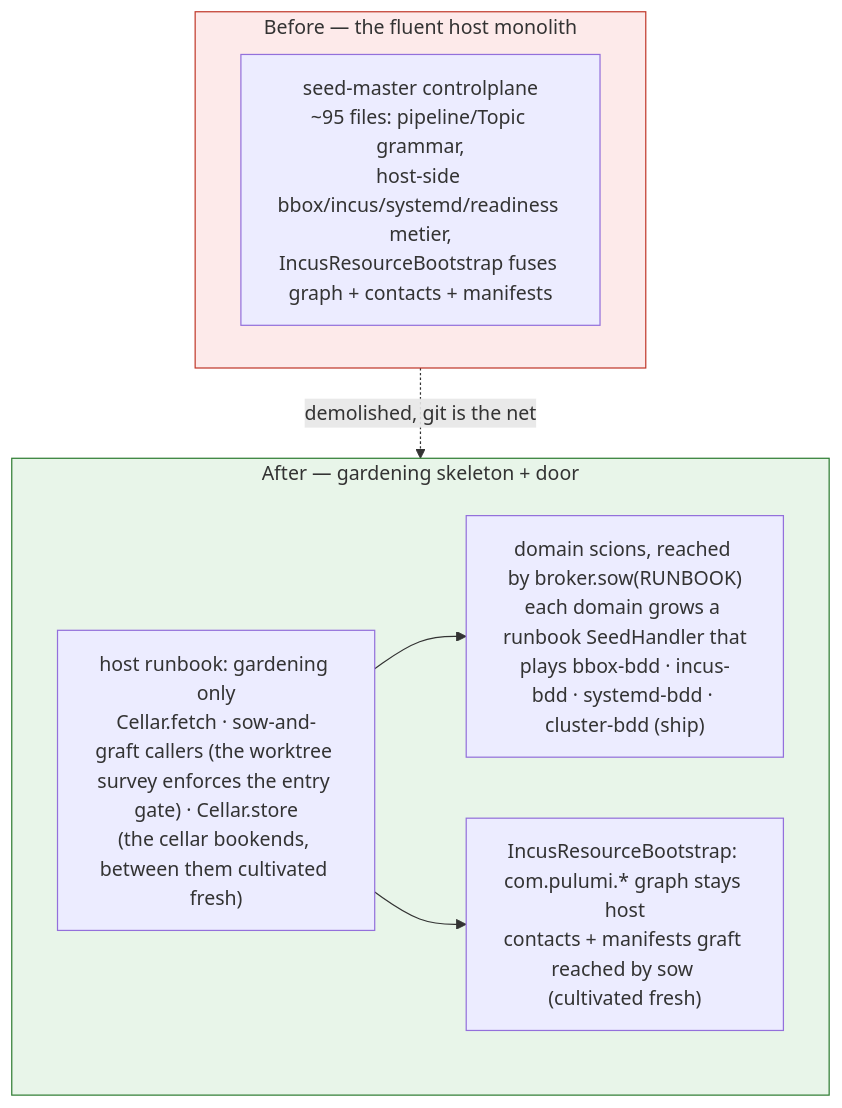
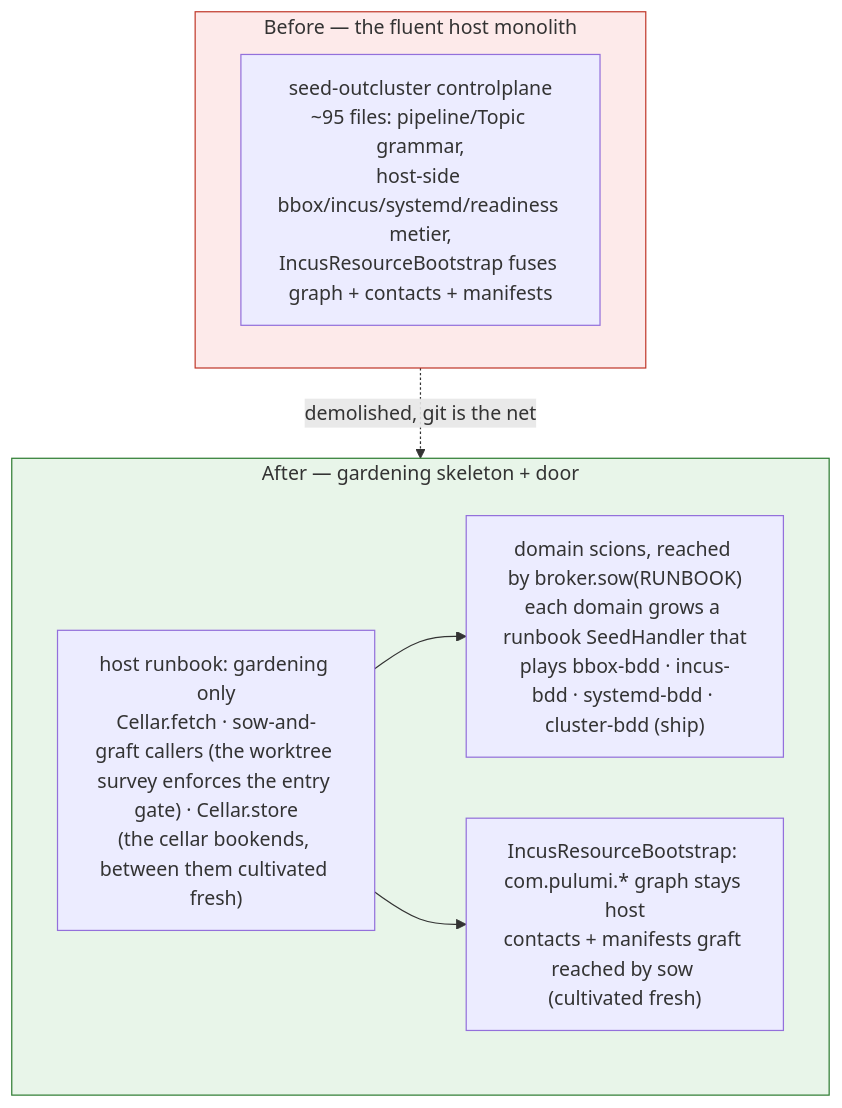
Before and after one commit to seedmatic/rke2lab: the fourth of 7 diagrams in docs/architecture/atlas/seed.adoc, drawn with Mermaid. The commit also changed other lines of this file and 160 other files, not shown here.

First line of the commit message:
refactor(exec)!: `seed-master` → `seed-outcluster`, one axis for the whole chain

```diff
--- a/docs/architecture/atlas/seed.adoc
+++ b/docs/architecture/atlas/seed.adoc
@@ -430,18 +430,18 @@
 [mermaid]
 ----
 flowchart TB
   subgraph BEFORE[Before — the fluent host monolith]
-    b1["seed-master controlplane<br/>~95 files: pipeline/Topic grammar,<br/>host-side bbox/incus/systemd/readiness metier,<br/>IncusResourceBootstrap fuses graph + contacts + manifests"]
+    b1["seed-outcluster controlplane<br/>~95 files: pipeline/Topic grammar,<br/>host-side bbox/incus/systemd/readiness metier,<br/>IncusResourceBootstrap fuses graph + contacts + manifests"]
   end
   subgraph AFTER[After — gardening skeleton + door]
     a1["host runbook: gardening only<br/>Cellar.fetch · sow-and-graft callers (the worktree survey enforces the entry gate) · Cellar.store<br/>(the cellar bookends, between them cultivated fresh)"]
     a2["domain scions, reached by broker.sow(RUNBOOK)<br/>each domain grows a runbook SeedHandler that<br/>plays bbox-bdd · incus-bdd · systemd-bdd · cluster-bdd (ship)"]
     a3["IncusResourceBootstrap: com.pulumi.* graph stays host<br/>contacts + manifests graft reached by sow (cultivated fresh)"]
     a1 --> a2
     a1 --> a3
   end
   BEFORE -.demolished, git is the net.-> AFTER
 
   style BEFORE fill:#fdeaea,stroke:#c0392b
   style AFTER fill:#e8f5e9,stroke:#2e7d32
 ----
```
